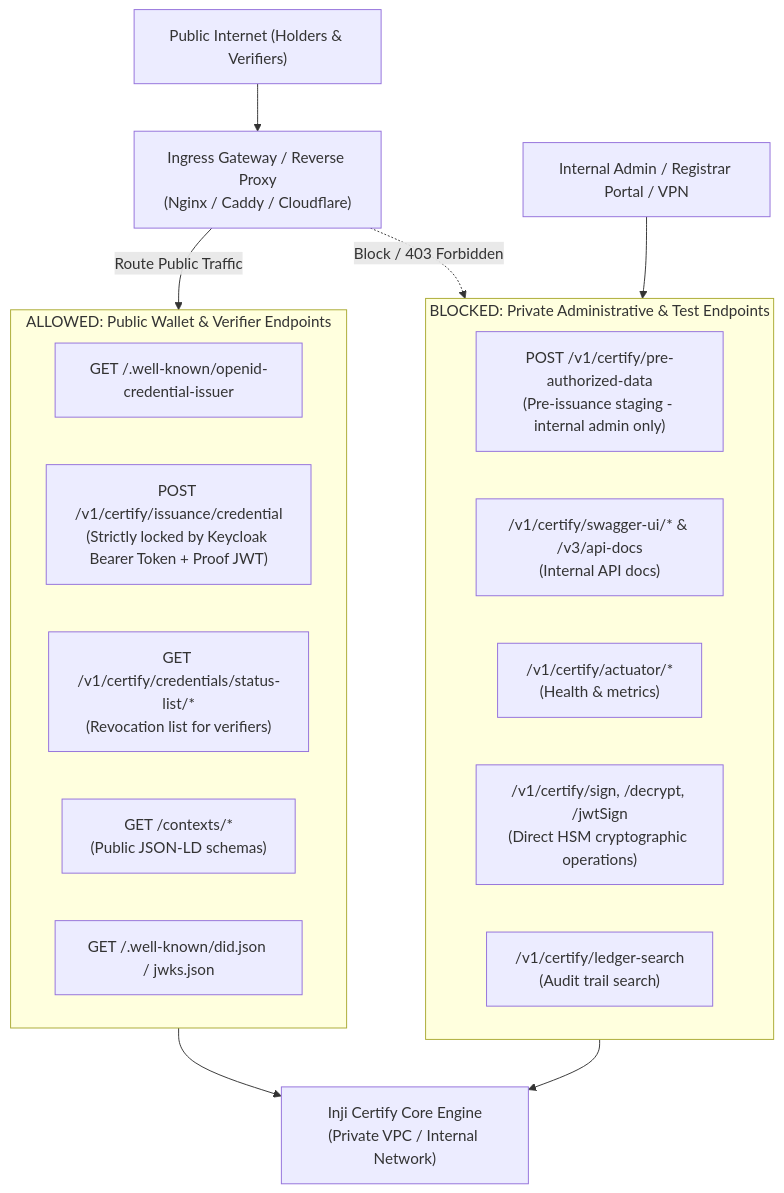
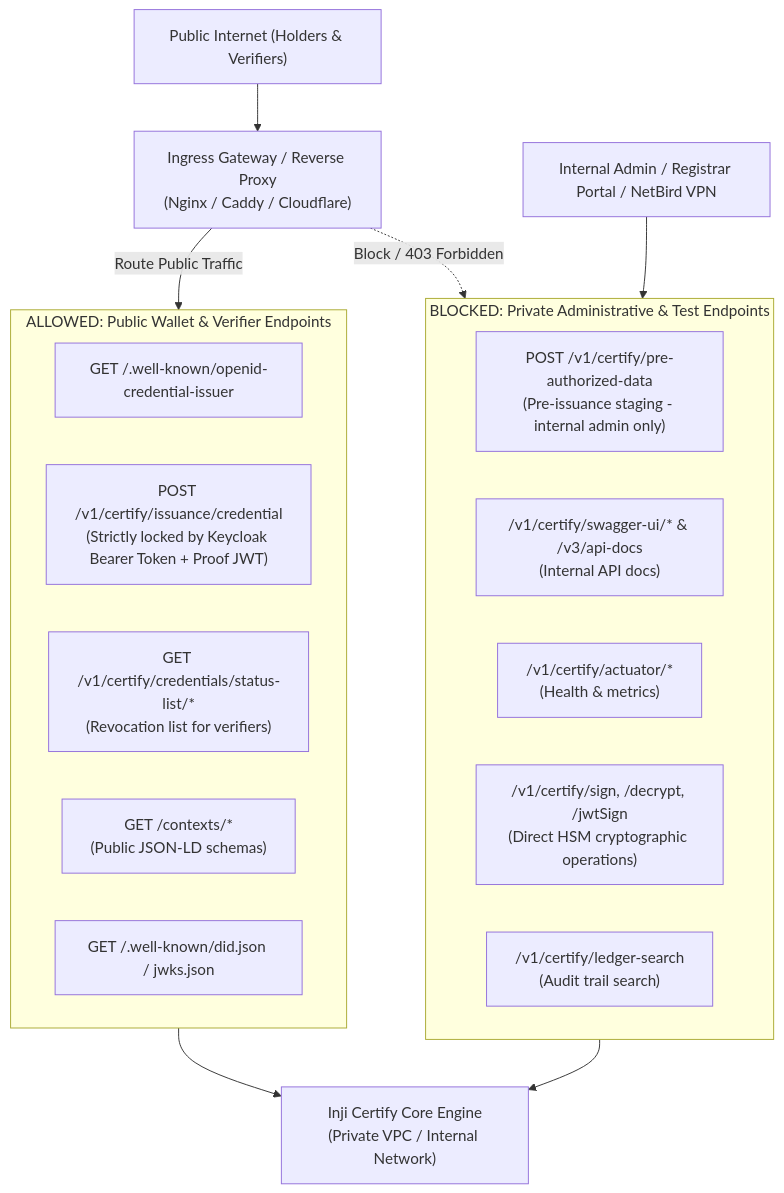
One commit to mosip-asia/ait-transcript changed the third of 3 diagrams in README.md. Above: the diagram before and after it, drawn with Mermaid. The commit also changed other lines of this file, not shown here.

Commit message:
docs: document NetBird zero-trust remote access for internal endpoints

````diff
--- a/README.md
+++ b/README.md
@@ -170,26 +174,26 @@
 ```mermaid
 flowchart TD
     Internet["Public Internet (Holders & Verifiers)"] --> Ingress["Ingress Gateway / Reverse Proxy<br>(Nginx / Caddy / Cloudflare)"]
     
     subgraph PublicEndpoints["ALLOWED: Public Wallet & Verifier Endpoints"]
         IssuerMeta["GET /.well-known/openid-credential-issuer"]
         Issuance["POST /v1/certify/issuance/credential<br>(Strictly locked by Keycloak Bearer Token + Proof JWT)"]
         StatusList["GET /v1/certify/credentials/status-list/*<br>(Revocation list for verifiers)"]
         Contexts["GET /contexts/*<br>(Public JSON-LD schemas)"]
         JWKS["GET /.well-known/did.json / jwks.json"]
     end
     
     subgraph PrivateEndpoints["BLOCKED: Private Administrative & Test Endpoints"]
         PreAuth["POST /v1/certify/pre-authorized-data<br>(Pre-issuance staging - internal admin only)"]
         Swagger["/v1/certify/swagger-ui/* & /v3/api-docs<br>(Internal API docs)"]
         Actuator["/v1/certify/actuator/*<br>(Health & metrics)"]
         CryptoOps["/v1/certify/sign, /decrypt, /jwtSign<br>(Direct HSM cryptographic operations)"]
         Ledger["/v1/certify/ledger-search<br>(Audit trail search)"]
     end
 
     Ingress -->|Route Public Traffic| PublicEndpoints
     Ingress -.->|Block / 403 Forbidden| PrivateEndpoints
-    Internal["Internal Admin / Registrar Portal / VPN"] --> PrivateEndpoints
+    Internal["Internal Admin / Registrar Portal / NetBird VPN"] --> PrivateEndpoints
     PublicEndpoints --> CertifyEngine["Inji Certify Core Engine<br>(Private VPC / Internal Network)"]
     PrivateEndpoints --> CertifyEngine
 ```
````
